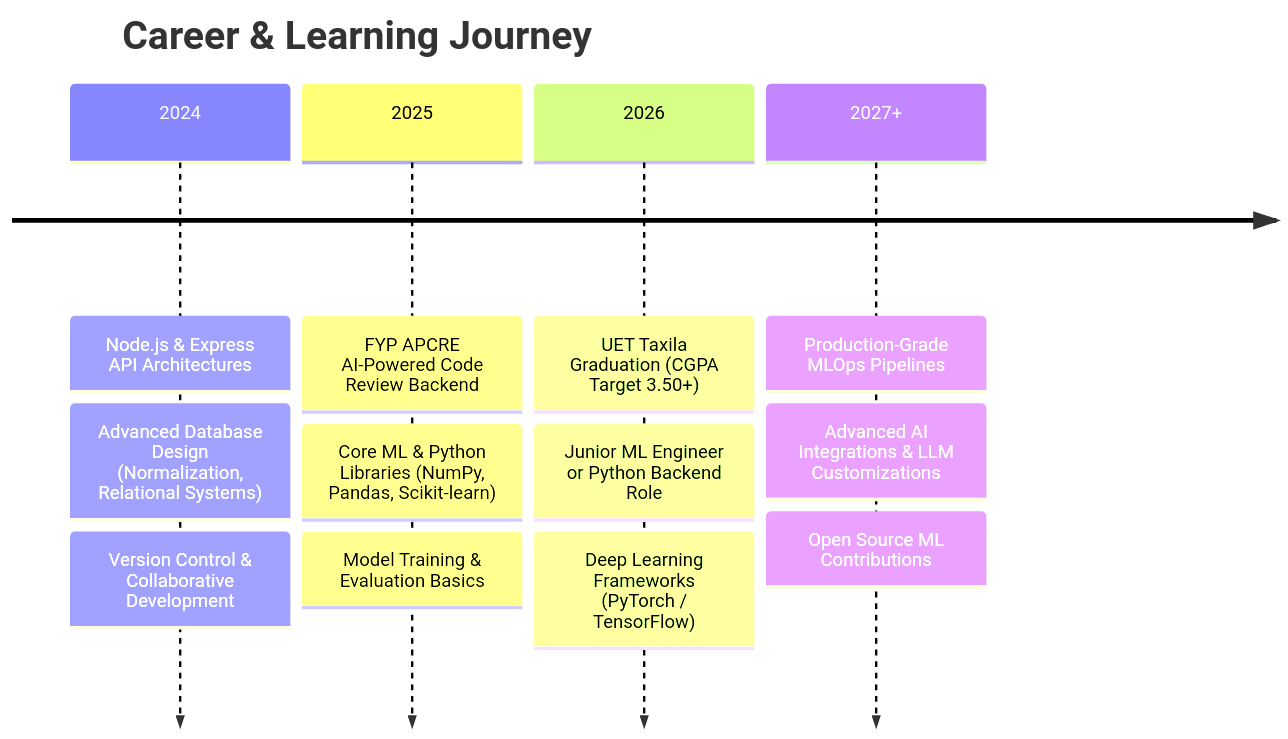
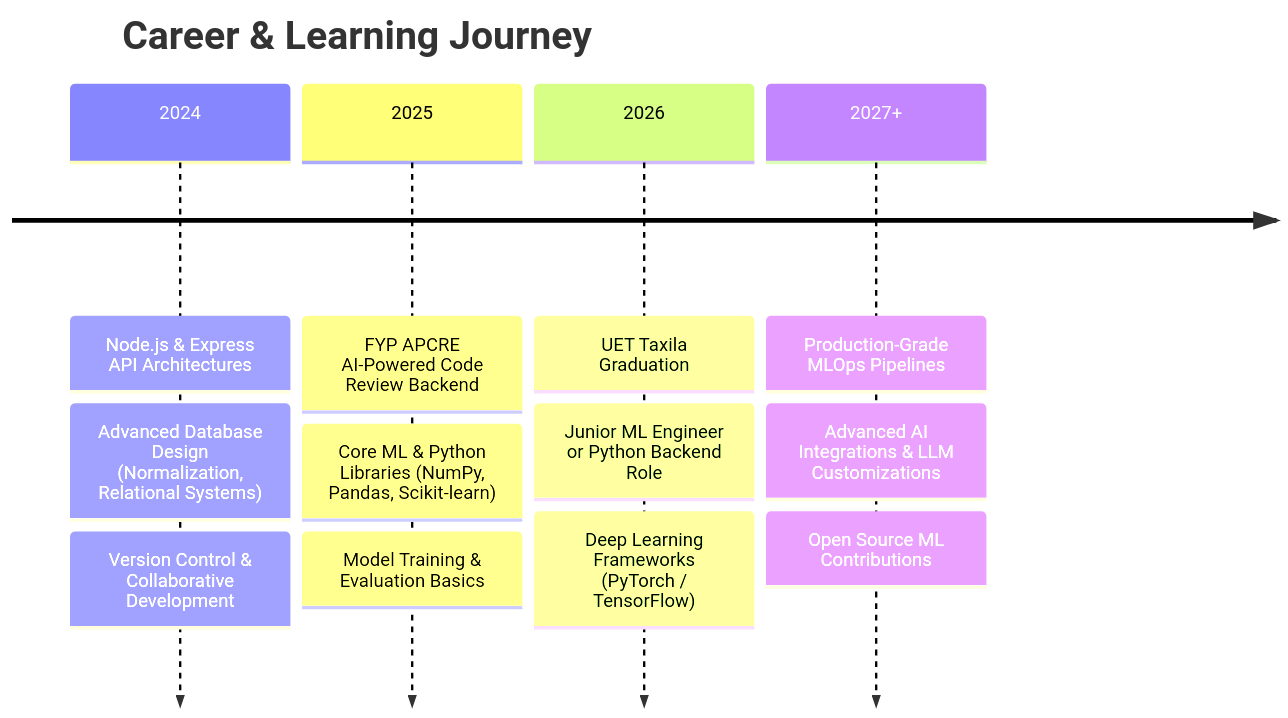
One commit to ammar-haider777/ammar-haider777 changed the diagram in README.md. Above: the diagram before and after it, drawn with Mermaid. The commit also changed other lines of this file, not shown here.

````diff
--- a/README.md
+++ b/README.md
@@ -260,16 +260,16 @@
 ```mermaid
 timeline
     title Career & Learning Journey
     2024 : Node.js & Express API Architectures
          : Advanced Database Design (Normalization, Relational Systems)
          : Version Control & Collaborative Development
     2025 : FYP APCRE AI-Powered Code Review Backend
          : Core ML & Python Libraries (NumPy, Pandas, Scikit-learn)
          : Model Training & Evaluation Basics
-    2026 : UET Taxila Graduation (CGPA Target 3.50+)
+    2026 : UET Taxila Graduation 
          : Junior ML Engineer or Python Backend Role
          : Deep Learning Frameworks (PyTorch / TensorFlow)
     2027+ : Production-Grade MLOps Pipelines
           : Advanced AI Integrations & LLM Customizations
           : Open Source ML Contributions
 ```
````
